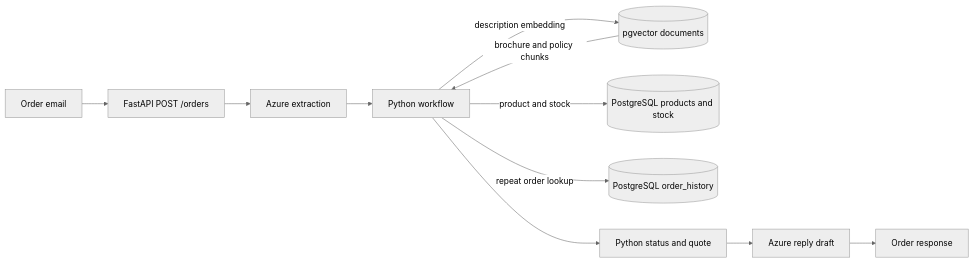
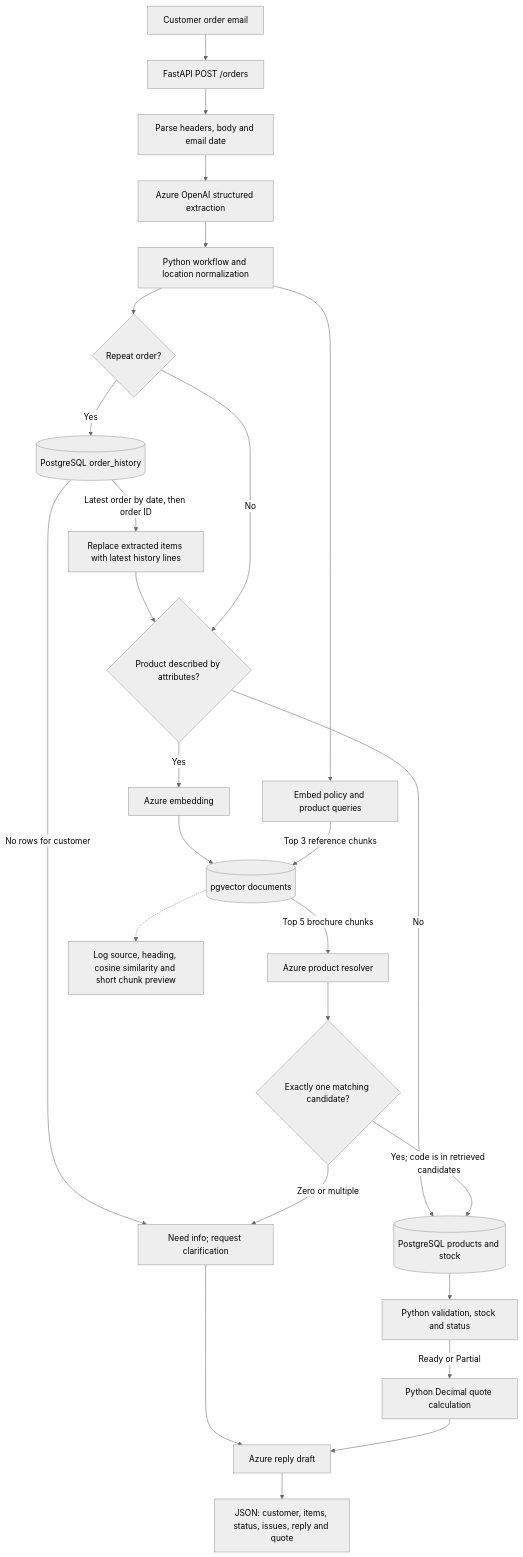
One commit to KrishnaPreethamT/starter-project-1 changed the diagram in docs/design-notes.md. Above: the diagram before and after it, drawn with Mermaid (neutral theme). The commit also changed other lines of this file and 9 other files, not shown here.

Commit message:
Add RAG-enhanced bulk order processing workflow

````diff
--- a/docs/design-notes.md
+++ b/docs/design-notes.md
@@ -9,13 +9,32 @@
 ```mermaid
-flowchart LR
-    E[Order email] --> API[FastAPI POST /orders]
-    API --> EX[Azure extraction]
-    EX --> WF[Python workflow]
-    WF -->|description embedding| V[(pgvector documents)]
-    V -->|brochure and policy chunks| WF
-    WF -->|product and stock| P[(PostgreSQL products and stock)]
-    WF -->|repeat order lookup| H[(PostgreSQL order_history)]
-    WF --> Q[Python status and quote]
-    Q --> R[Azure reply draft]
-    R --> O[Order response]
+flowchart TB
+    EMAIL[Customer order email] --> API[FastAPI POST /orders]
+    API --> PARSE[Parse headers, body and email date]
+    PARSE --> EXTRACT[Azure OpenAI structured extraction]
+    EXTRACT --> WORKFLOW[Python workflow and location normalization]
+
+    WORKFLOW --> REPEAT{Repeat order?}
+    REPEAT -->|Yes| HISTORY[(PostgreSQL order_history)]
+    HISTORY -->|Latest order by date, then order ID| OVERRIDE[Replace extracted items with latest history lines]
+    OVERRIDE --> PRODUCT
+    HISTORY -->|No rows for customer| CLARIFY[Need info; request clarification]
+    REPEAT -->|No| PRODUCT{Product described by attributes?}
+
+    PRODUCT -->|No| CATALOG[(PostgreSQL products and stock)]
+    PRODUCT -->|Yes| EMBED[Azure embedding]
+    EMBED --> DOCS[(pgvector documents)]
+    DOCS -->|Top 5 brochure chunks| RESOLVE[Azure product resolver]
+    RESOLVE --> MATCH{Exactly one matching candidate?}
+    MATCH -->|Yes; code is in retrieved candidates| CATALOG
+    MATCH -->|Zero or multiple| CLARIFY
+
+    WORKFLOW --> CONTEXT[Embed policy and product queries]
+    CONTEXT -->|Top 3 reference chunks| DOCS
+    CATALOG --> DECIDE[Python validation, stock and status]
+    DECIDE -->|Ready or Partial| QUOTE[Python Decimal quote calculation]
+    CLARIFY --> REPLY[Azure reply draft]
+    QUOTE --> REPLY
+    REPLY --> RESPONSE[JSON: customer, items, status, issues, reply and quote]
+
+    DOCS -.-> LOG[Log source, heading, cosine similarity and short chunk preview]
 ```
````
